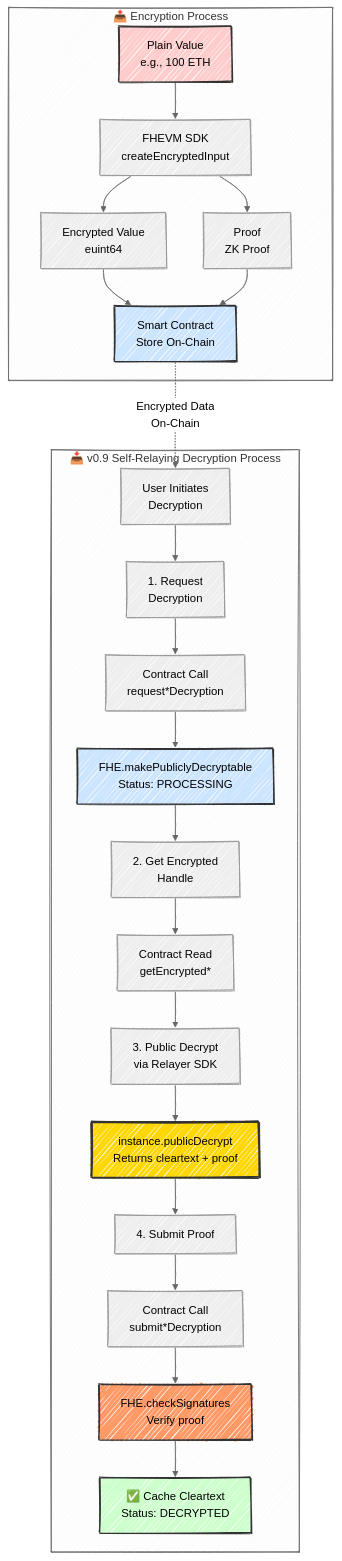
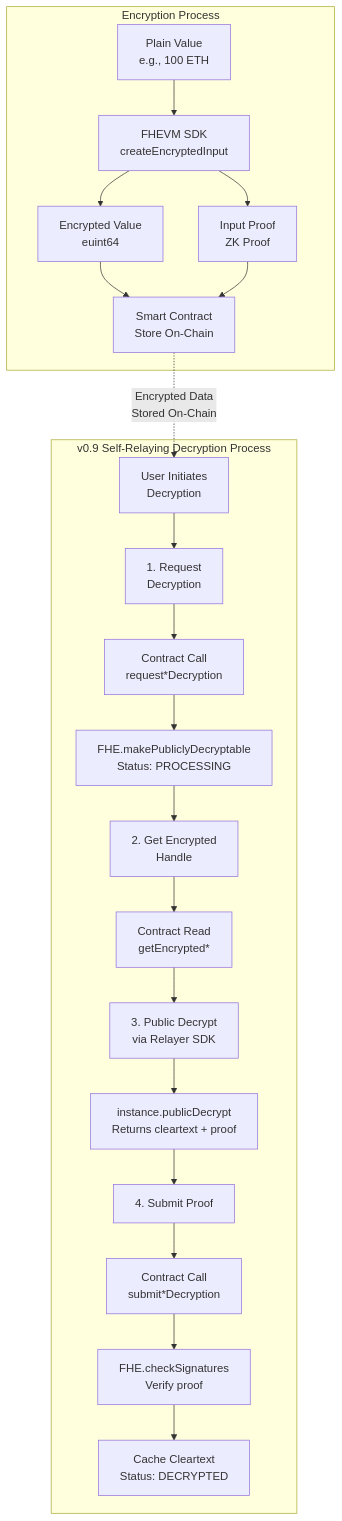
One commit to cris-the-dev/confidential-fundraising changed the eighth of 8 diagrams in README.md. Above: the diagram before and after it, drawn with Mermaid. The commit also changed other lines of this file, not shown here.

````diff
--- a/README.md
+++ b/README.md
@@ -122,39 +626,26 @@
 ```mermaid
----
-config:
-  look: handDrawn
-  theme: neutral
----
-
 graph TB
-    subgraph "📤 Encryption Process"
+    subgraph "Encryption Process"
         A[Plain Value<br/>e.g., 100 ETH] --> B[FHEVM SDK<br/>createEncryptedInput]
         B --> C[Encrypted Value<br/>euint64]
-        B --> D[Proof<br/>ZK Proof]
+        B --> D[Input Proof<br/>ZK Proof]
         C --> E[Smart Contract<br/>Store On-Chain]
         D --> E
     end
 
-    subgraph "📥 v0.9 Self-Relaying Decryption Process"
+    subgraph "v0.9 Self-Relaying Decryption Process"
         F[User Initiates<br/>Decryption] --> G[1. Request<br/>Decryption]
         G --> H[Contract Call<br/>request*Decryption]
         H --> I[FHE.makePubliclyDecryptable<br/>Status: PROCESSING]
         I --> J[2. Get Encrypted<br/>Handle]
         J --> K[Contract Read<br/>getEncrypted*]
         K --> L[3. Public Decrypt<br/>via Relayer SDK]
         L --> M[instance.publicDecrypt<br/>Returns cleartext + proof]
         M --> N[4. Submit Proof]
         N --> O[Contract Call<br/>submit*Decryption]
         O --> P[FHE.checkSignatures<br/>Verify proof]
-        P --> Q[✅ Cache Cleartext<br/>Status: DECRYPTED]
+        P --> Q[Cache Cleartext<br/>Status: DECRYPTED]
     end
 
-    E -.Encrypted Data<br/>On-Chain.-> F
-
-    style A fill:#ffcccc,stroke:#333,stroke-width:2px
-    style Q fill:#ccffcc,stroke:#333,stroke-width:2px
-    style E fill:#cce5ff,stroke:#333,stroke-width:2px
-    style I fill:#cce5ff,stroke:#333,stroke-width:2px
-    style M fill:#ffd700,stroke:#333,stroke-width:3px
-    style P fill:#ff9966,stroke:#333,stroke-width:2px
+    E -.Encrypted Data<br/>Stored On-Chain.-> F
 ```
````
